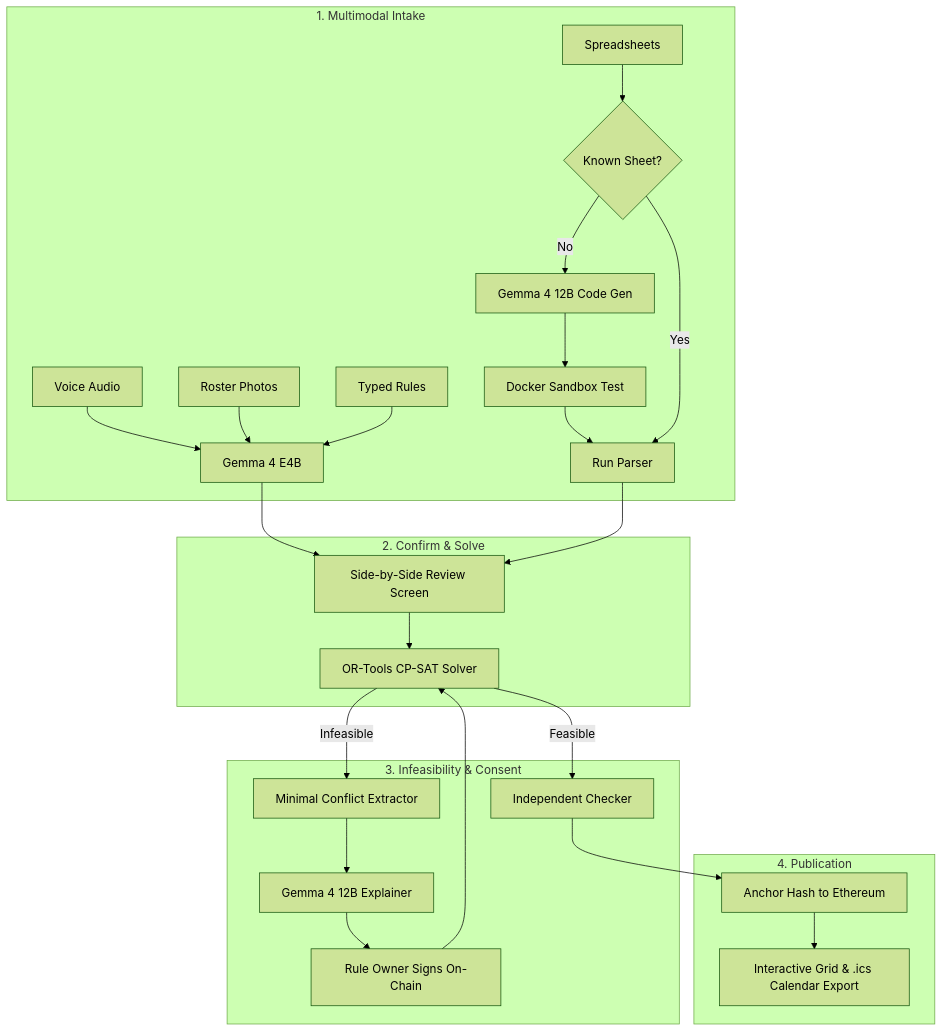
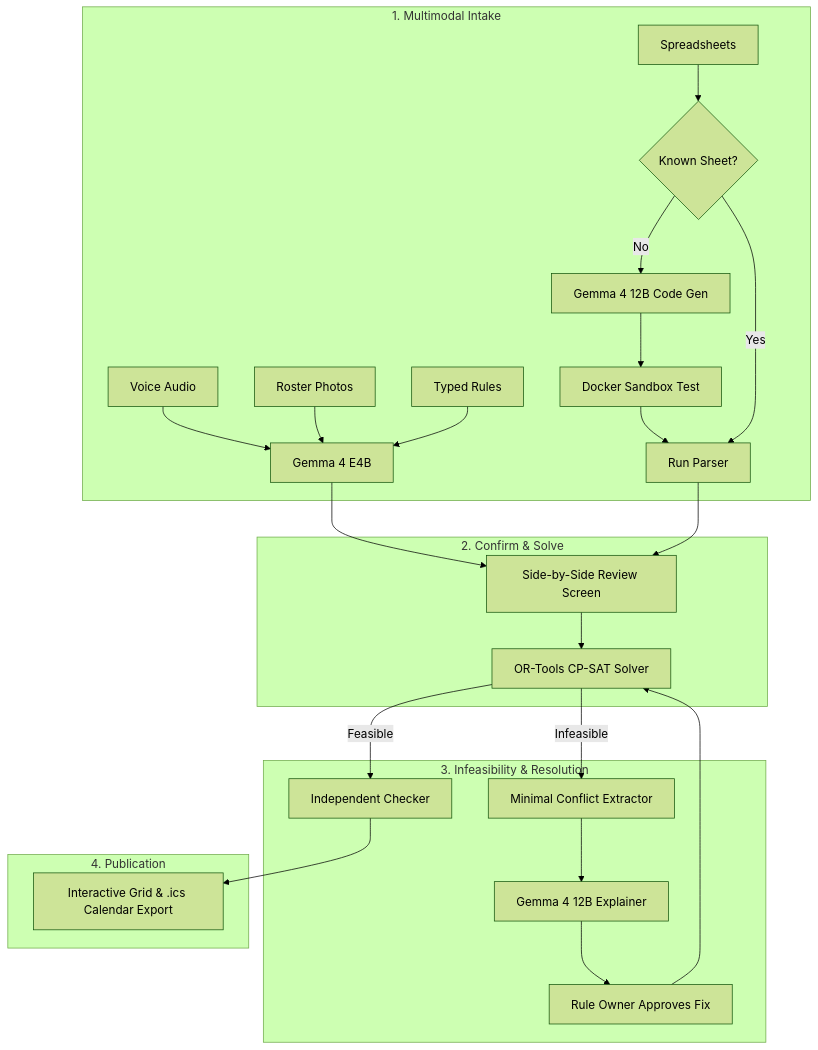
One commit to ANUJ760/PhishTank changed the third of 5 diagrams in README.md. Above: the diagram before and after it, drawn with Mermaid (forest theme). The commit also changed other lines of this file, not shown here.

````diff
--- a/README.md
+++ b/README.md
@@ -176,32 +170,31 @@
 ```mermaid
 flowchart TD
     subgraph INTAKE["1. Multimodal Intake"]
         V["Voice Audio"] --> G4["Gemma 4 E4B"]
         P["Roster Photos"] --> G4
         T["Typed Rules"] --> G4
         S["Spreadsheets"] --> CHK{"Known Sheet?"}
         CHK -- No --> GEN["Gemma 4 12B Code Gen"]
         GEN --> BOX["Docker Sandbox Test"]
         BOX --> RUN["Run Parser"]
         CHK -- Yes --> RUN
     end
 
     subgraph VERIFY["2. Confirm & Solve"]
         G4 --> UI["Side-by-Side Review Screen"]
         RUN --> UI
         UI --> SOLVE["OR-Tools CP-SAT Solver"]
     end
 
-    subgraph CONFLICT["3. Infeasibility & Consent"]
+    subgraph CONFLICT["3. Infeasibility & Resolution"]
         SOLVE -- Feasible --> CHECK["Independent Checker"]
         SOLVE -- Infeasible --> MUS["Minimal Conflict Extractor"]
         MUS --> EXP["Gemma 4 12B Explainer"]
-        EXP --> SIGN["Rule Owner Signs On-Chain"]
+        EXP --> SIGN["Rule Owner Approves Fix"]
         SIGN --> SOLVE
     end
 
     subgraph PUBLISH["4. Publication"]
-        CHECK --> ETH["Anchor Hash to Ethereum"]
-        ETH --> OUT["Interactive Grid & .ics Calendar Export"]
+        CHECK --> OUT["Interactive Grid & .ics Calendar Export"]
     end
 ```
````
